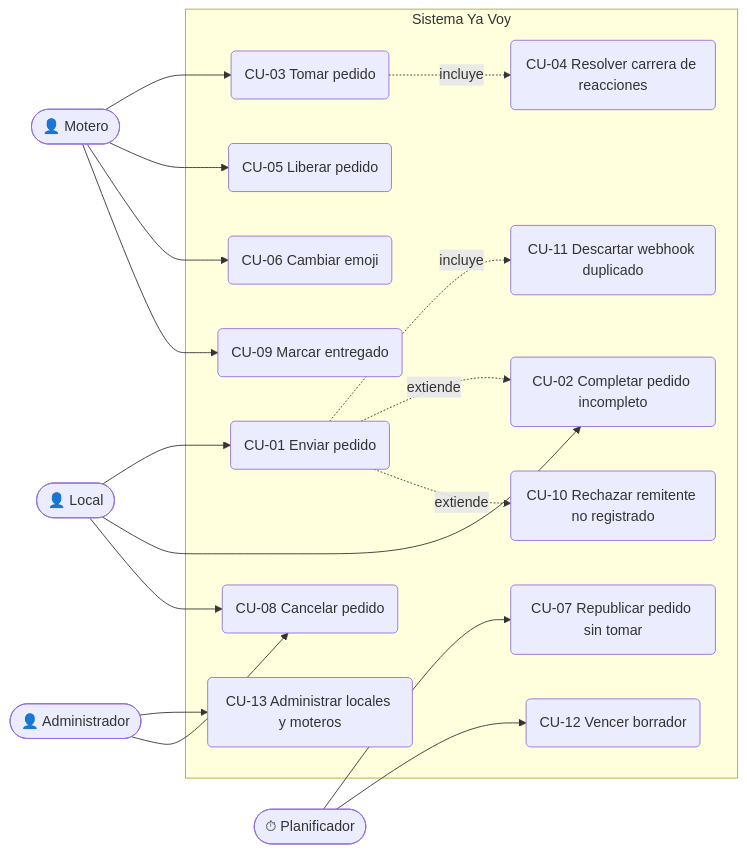
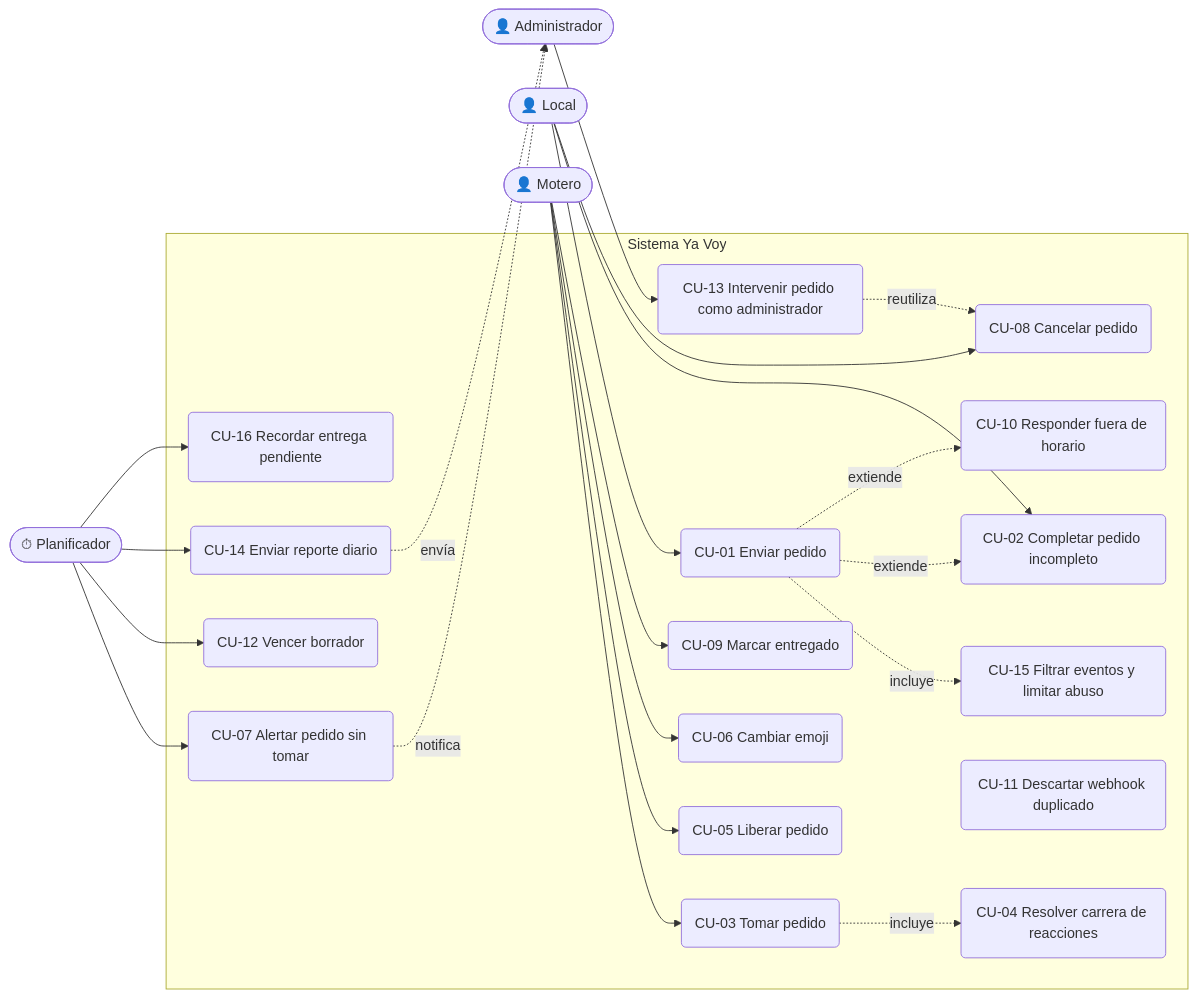
One commit to KevOrtega/ya-voy-automation-whatsapp changed the diagram in docs/02-casos-de-uso.md. Above: the diagram before and after it, drawn with Mermaid. The commit also changed other lines of this file and 8 other files, not shown here.

````diff
--- a/docs/02-casos-de-uso.md
+++ b/docs/02-casos-de-uso.md
@@ -5,40 +5,47 @@
 ```mermaid
 flowchart LR
     store(["👤 Local"])
     courier(["👤 Motero"])
     admin(["👤 Administrador"])
     sched(["⏱ Planificador"])
 
     subgraph sys["Sistema Ya Voy"]
         CU01("CU-01 Enviar pedido")
         CU02("CU-02 Completar pedido incompleto")
         CU03("CU-03 Tomar pedido")
         CU04("CU-04 Resolver carrera de reacciones")
         CU05("CU-05 Liberar pedido")
         CU06("CU-06 Cambiar emoji")
-        CU07("CU-07 Republicar pedido sin tomar")
+        CU07("CU-07 Alertar pedido sin tomar")
         CU08("CU-08 Cancelar pedido")
         CU09("CU-09 Marcar entregado")
-        CU10("CU-10 Rechazar remitente no registrado")
+        CU10("CU-10 Responder fuera de horario")
         CU11("CU-11 Descartar webhook duplicado")
         CU12("CU-12 Vencer borrador")
-        CU13("CU-13 Administrar locales y moteros")
+        CU13("CU-13 Intervenir pedido como administrador")
+        CU14("CU-14 Enviar reporte diario")
+        CU15("CU-15 Filtrar eventos y limitar abuso")
+        CU16("CU-16 Recordar entrega pendiente")
     end
 
     store --> CU01
     store --> CU02
     store --> CU08
     courier --> CU03
     courier --> CU05
     courier --> CU06
     courier --> CU09
+    admin --> CU13
     sched --> CU07
     sched --> CU12
-    admin --> CU13
-    admin --> CU08
+    sched --> CU14
+    sched --> CU16
+    CU07 -. notifica .-> admin
+    CU14 -. envía .-> admin
 
-    CU01 -. incluye .-> CU11
+    CU01 -. incluye .-> CU15
     CU01 -. extiende .-> CU02
     CU01 -. extiende .-> CU10
     CU03 -. incluye .-> CU04
+    CU13 -. reutiliza .-> CU08
 ```
````
